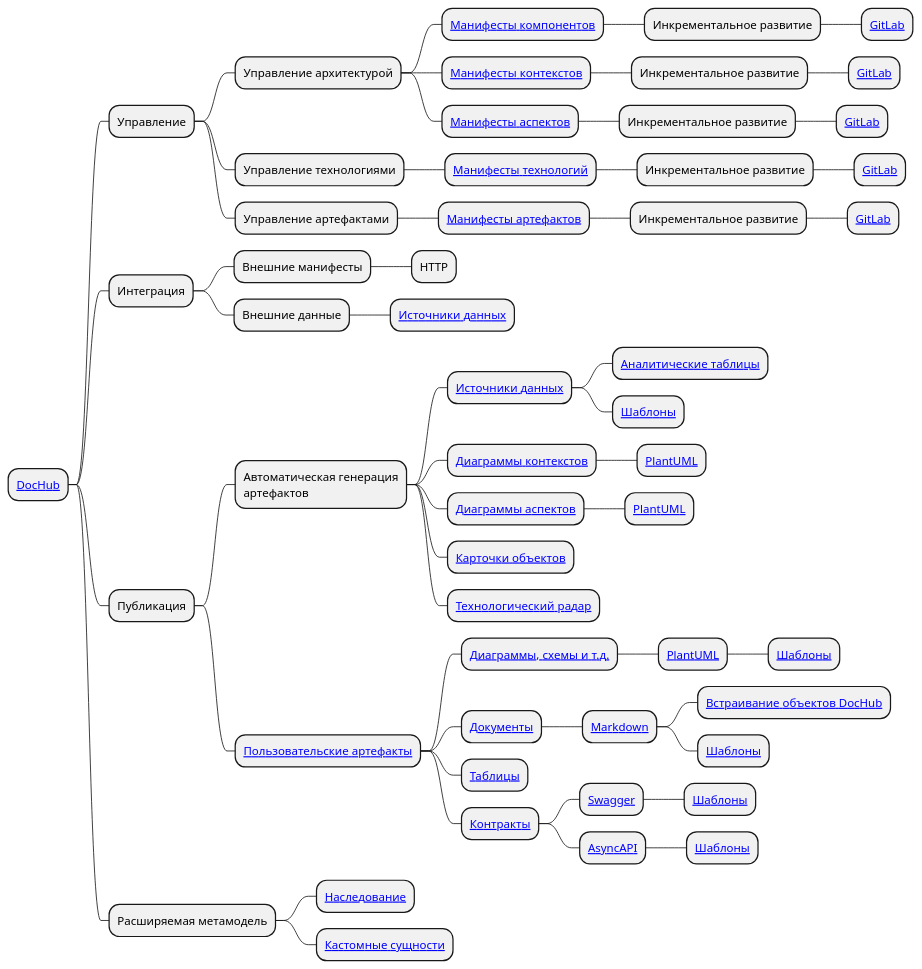
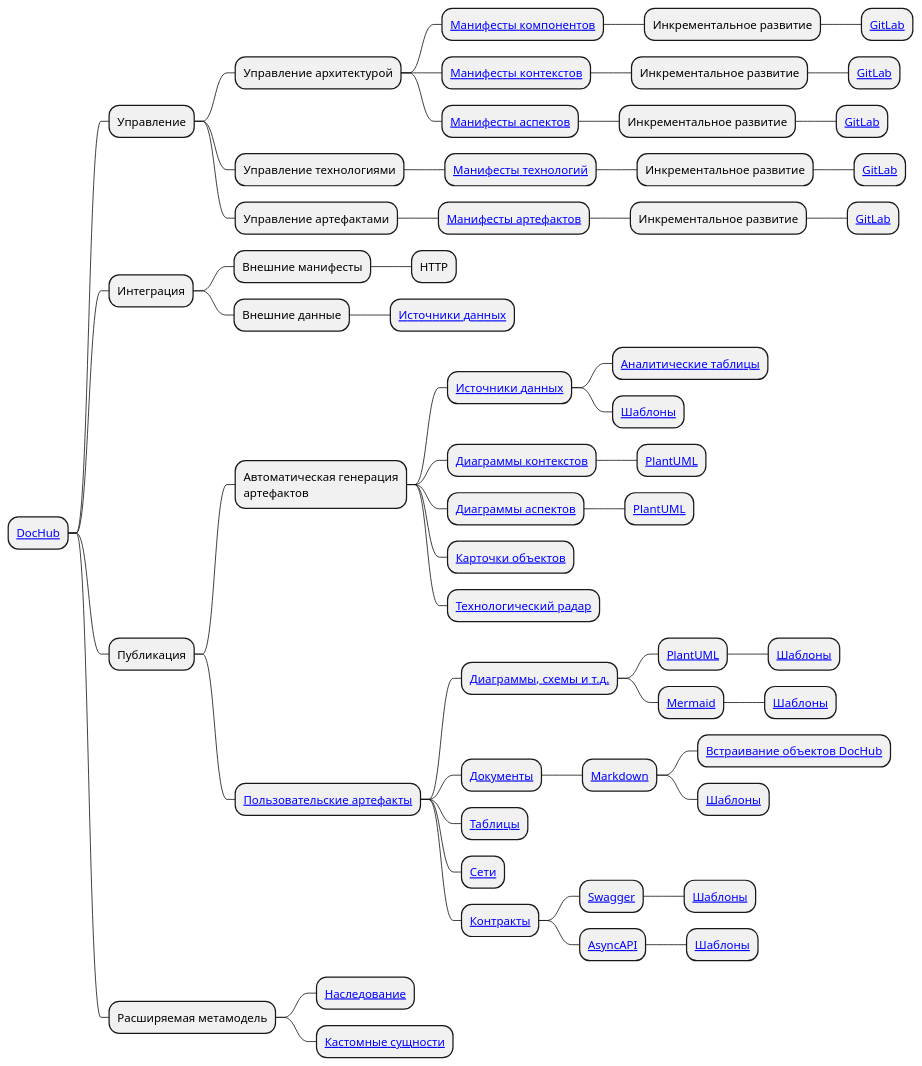
The diagram in public/documentation/docs/conception/mindmap.puml (ypolosov/DocHub), drawn with PlantUML before and after one commit. The commit also changed 1 other file, not shown here.

```diff
--- a/public/documentation/docs/conception/mindmap.puml
+++ b/public/documentation/docs/conception/mindmap.puml
@@ -1,55 +1,58 @@
 @startmindmap
 * [[https://github.com/RabotaRu/DocHub DocHub]]
 ** Управление
 *** Управление архитектурой
 **** [[/docs/dochub.components Манифесты компонентов]]
 ***** Инкрементальное развитие
 ****** [[https://about.gitlab.com/ GitLab]]
 **** [[/docs/dochub.contexts Манифесты контекстов]]
 ***** Инкрементальное развитие
 ****** [[https://about.gitlab.com/ GitLab]]
 **** [[/docs/dochub.aspects Манифесты аспектов]]
 ***** Инкрементальное развитие
 ****** [[https://about.gitlab.com/ GitLab]]
 *** Управление технологиями
 **** [[/docs/dochub.technologies Манифесты технологий]]
 ***** Инкрементальное развитие
 ****** [[https://about.gitlab.com/ GitLab]]
 *** Управление артефактами
 **** [[/docs/dochub.docs Манифесты артефактов]]
 ***** Инкрементальное развитие
 ****** [[https://about.gitlab.com/ GitLab]]
 ** Интеграция
 *** Внешние манифесты
 **** HTTP
 *** Внешние данные
 **** [[/docs/dochub.tables Источники данных]]
 ** Публикация
 *** Автоматическая генерация\nартефактов
 **** [[/docs/dochub.datasets Источники данных]]
 ***** [[/docs/dochub.tables Аналитические таблицы]]
 ***** [[/docs/dochub.templates Шаблоны]]
 **** [[/docs/dochub.contexts Диаграммы контекстов]]
 ***** [[https://plantuml.com/ PlantUML]]
 **** [[/docs/dochub.aspects Диаграммы аспектов]]
 ***** [[https://plantuml.com/ PlantUML]]
 **** [[/docs/dochub.forms Карточки объектов]]
 **** [[/docs/dochub.radar Технологический радар]]
 *** [[/docs/dochub.docs Пользовательские артефакты]]
 **** [[/docs/dochub.docs#plantuml Диаграммы, схемы и т.д.]]
-***** [[https://plantuml.com/ PlantUML]]
-****** [[/docs/dochub.templates#plantuml Шаблоны]]
+***** [[/docs/dochub.plantuml PlantUML]]
+****** [[/docs/dochub.templates Шаблоны]]
+***** [[/docs/dochub.mermaid Mermaid]]
+****** [[/docs/dochub.templates Шаблоны]]
 **** [[/docs/dochub.docs#markdown Документы]]
 ***** [[https://ru.wikipedia.org/wiki/Markdown Markdown]]
 ****** [[/docs/dochub.docs#markdown Встраивание объектов DocHub]]
 ****** [[/docs/dochub.templates#markdown Шаблоны]]
 **** [[/docs/dochub.tables Таблицы]]
+**** [[/docs/dochub.network Сети]]
 **** [[/docs/dochub.docs#swagger Контракты]]
 ***** [[https://swagger.io/ Swagger]]
 ****** [[/docs/dochub.templates#openapi Шаблоны]]
 ***** [[https://www.asyncapi.com/ AsyncAPI]]
 ****** [[/docs/dochub.templates#asyncapi Шаблоны]]
 ** Расширяемая метамодель
 *** [[/docs/dochub.inheritance Наследование]]
 *** [[/docs/dochub.entities Кастомные сущности]]
 @endmindmap
```
